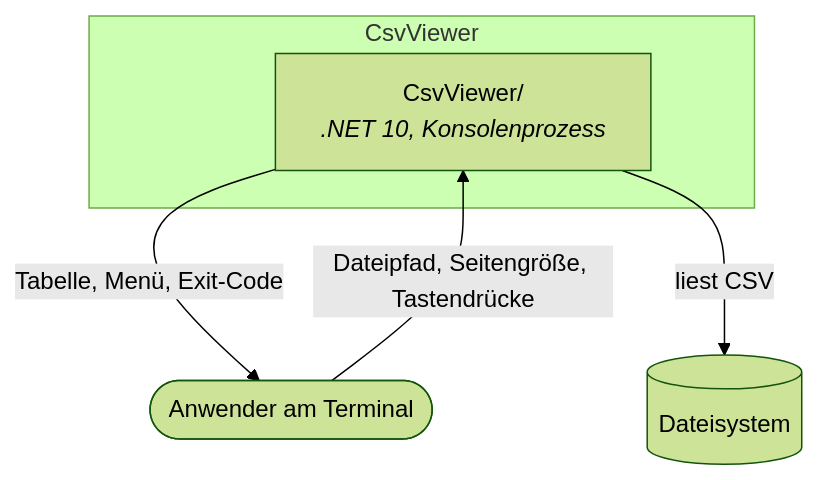
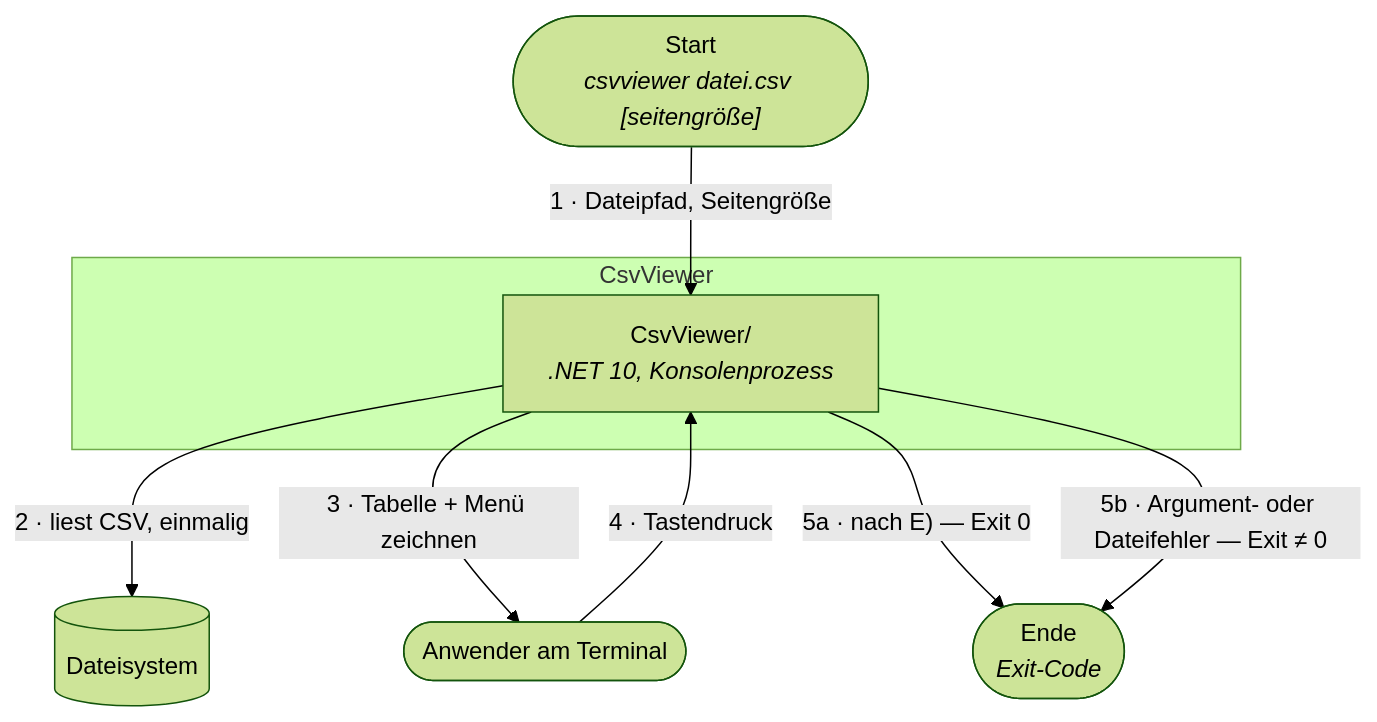
One commit to stho32/CCD-csvviewer-2026 changed the first of 2 diagrams in Architektur-Karte.md. Above: the diagram before and after it, drawn with Mermaid (forest theme). The commit also changed other lines of this file, not shown here.

Commit message:
Kontextdiagramm mit Start, Ende und Fehlerpfad
Das bisherige Bild zeigte nur Datenfluesse und las sich dadurch, als sei der
erste Schritt eine Ausgabe an den Anwender. Der Viewer ist aber kein Dienst,
sondern ein Programm mit Anfang und Ende.

Start (CLI-Aufruf mit Dateipfad und Seitengroesse) und Ende (Exit-Code) sind
jetzt eigene Knoten, die Kanten nummeriert. Der Zyklus aus Zeichnen und
Tastendruck ist als solcher gekennzeichnet und darunter erklaert.

Ausserdem der Fehlerpfad: Bei ungueltigen Argumenten oder fehlerhafter Datei
endet das Programm mit Exit != 0, bevor die erste Tabelle erscheint — er
betritt den Zyklus nie.

````diff
--- a/Architektur-Karte.md
+++ b/Architektur-Karte.md
@@ -81,9 +83,18 @@
 ```mermaid
 flowchart TB
+  Start(["Start<br/><i>csvviewer datei.csv [seitengröße]</i>"])
+  Anwender(["Anwender am Terminal"])
+  FS[("Dateisystem")]
+  Ende(["Ende<br/><i>Exit-Code</i>"])
+
   subgraph S["CsvViewer"]
-    A00002["CsvViewer/<br/><i>.NET 10, Konsolenprozess</i>"]
+    App["CsvViewer/<br/><i>.NET 10, Konsolenprozess</i>"]
   end
-  Anwender(["Anwender am Terminal"]) -- "Dateipfad, Seitengröße, Tastendrücke" --> A00002
-  A00002 -- "Tabelle, Menü, Exit-Code" --> Anwender
-  A00002 -- "liest CSV" --> FS[("Dateisystem")]
+
+  Start -- "1 · Dateipfad, Seitengröße" --> App
+  App -- "2 · liest CSV, einmalig" --> FS
+  App -- "3 · Tabelle + Menü zeichnen" --> Anwender
+  Anwender -- "4 · Tastendruck" --> App
+  App -- "5a · nach E) — Exit 0" --> Ende
+  App -- "5b · Argument- oder Dateifehler — Exit ≠ 0" --> Ende
 ```
````
